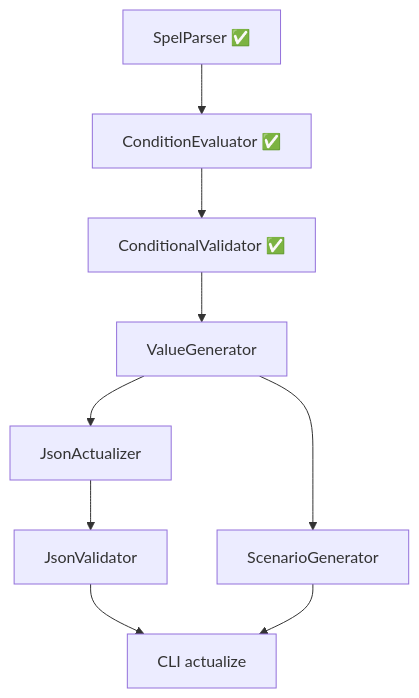
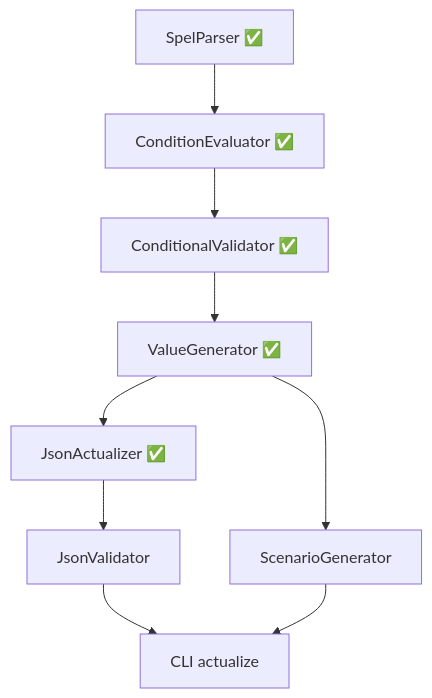
One commit to Chemixx/json-scenario-generator changed the diagram in TODO.md. Above: the diagram before and after it, drawn with Mermaid. The commit also changed other lines of this file and 8 other files, not shown here.

First line of the commit message:
feat(core): Implement JsonActualizer (Phase 7) with 39 tests

````diff
--- a/TODO.md
+++ b/TODO.md
@@ -348,11 +355,11 @@
 ```mermaid
 graph TD
     A[SpelParser ✅] --> B[ConditionEvaluator ✅]
     B --> C[ConditionalValidator ✅]
-    C --> D[ValueGenerator]
-    D --> E[JsonActualizer]
+    C --> D[ValueGenerator ✅]
+    D --> E[JsonActualizer ✅]
     E --> F[JsonValidator]
     F --> G[CLI actualize]
     D --> H[ScenarioGenerator]
     H --> G
 ```
````
